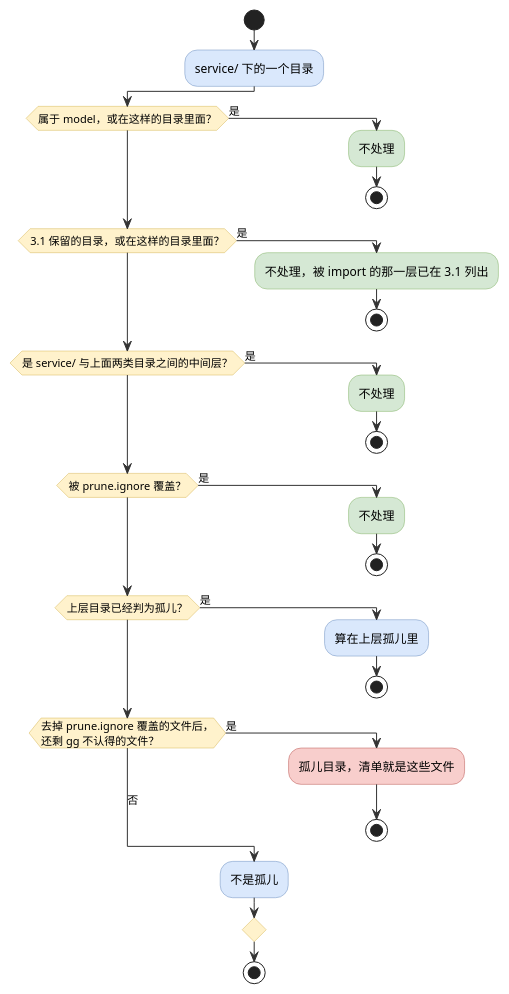
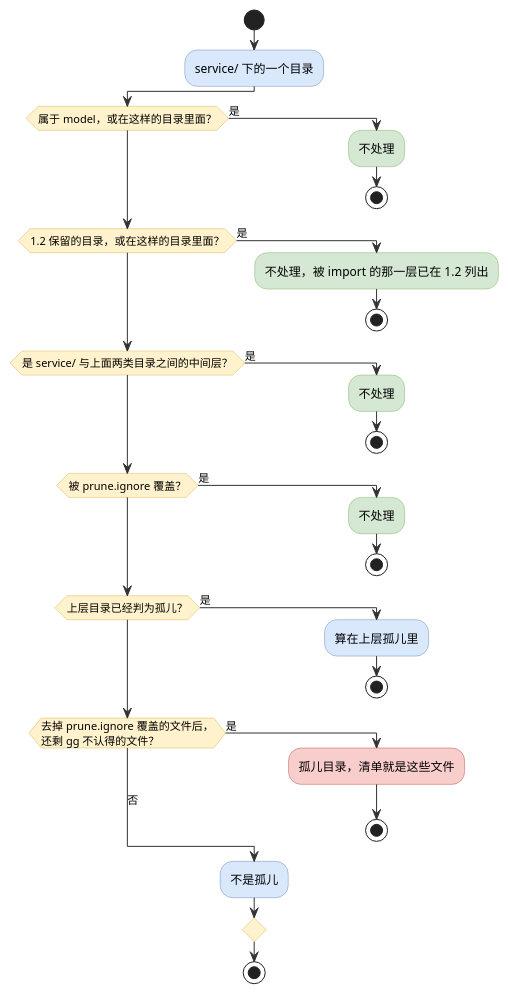
One commit to hydroan/gst changed the second of 2 diagrams in cmd/gg/PRUNE.md. Above: the diagram before and after it, drawn with PlantUML. The commit also changed other lines of this file and 11 other files, not shown here.

````diff
--- a/cmd/gg/PRUNE.md
+++ b/cmd/gg/PRUNE.md
@@ -183,42 +166,42 @@
 ```plantuml
 @startuml
 !pragma useVerticalIf on
 skinparam activity {
   BackgroundColor #dae8fc
   BorderColor #6c8ebf
   ArrowColor #333333
   DiamondBackgroundColor #fff2cc
   DiamondBorderColor #d6b656
   BackgroundColor<<keep>> #d5e8d4
   BorderColor<<keep>> #82b366
   BackgroundColor<<orphan>> #f8cecc
   BorderColor<<orphan>> #b85450
 }
 
 start
 :service/ 下的一个目录;
 if (属于 model，或在这样的目录里面？) then (是)
   :不处理; <<keep>>
   stop
-elseif (3.1 保留的目录，或在这样的目录里面？) then (是)
-  :不处理，被 import 的那一层已在 3.1 列出; <<keep>>
+elseif (1.2 保留的目录，或在这样的目录里面？) then (是)
+  :不处理，被 import 的那一层已在 1.2 列出; <<keep>>
   stop
 elseif (是 service/ 与上面两类目录之间的中间层？) then (是)
   :不处理; <<keep>>
   stop
 elseif (被 prune.ignore 覆盖？) then (是)
   :不处理; <<keep>>
   stop
 elseif (上层目录已经判为孤儿？) then (是)
   :算在上层孤儿里;
   stop
 elseif (去掉 prune.ignore 覆盖的文件后，
 还剩 gg 不认得的文件？) then (是)
   :孤儿目录，清单就是这些文件; <<orphan>>
   stop
 else (否)
   :不是孤儿;
 endif
 stop
 @enduml
 ```
````
